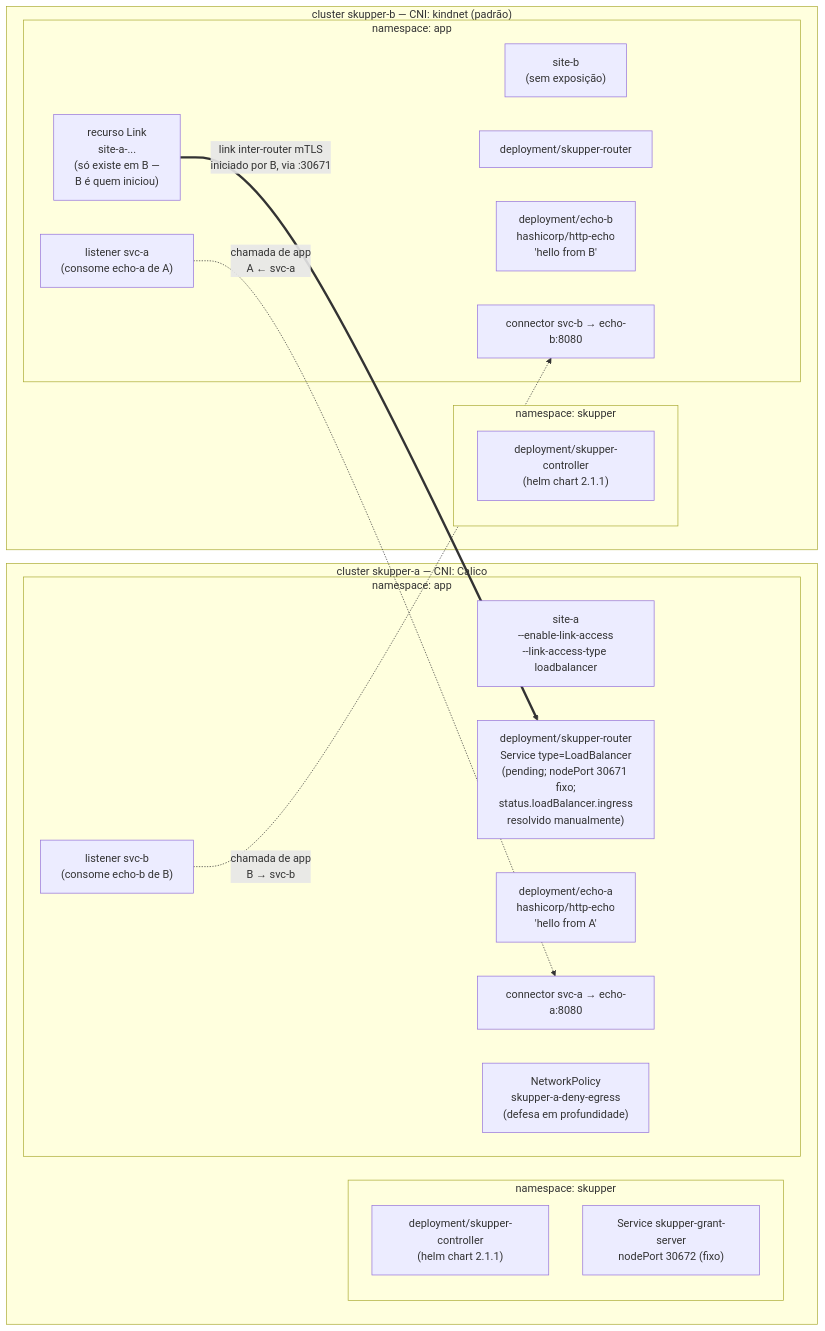
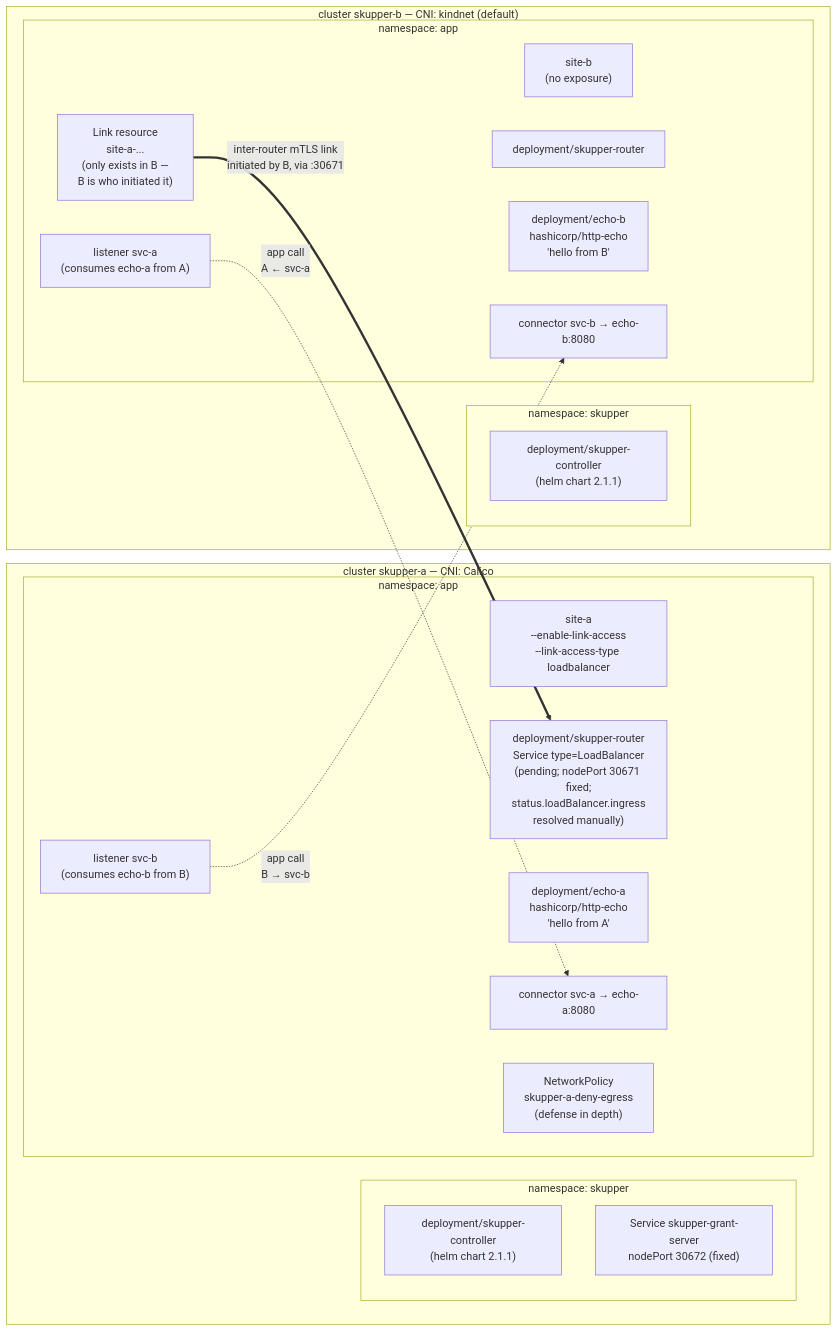
Before and after one commit to ericogr/poc-skupper: the second of 7 diagrams in docs/ARCHITECTURE.md, drawn with Mermaid. The commit also changed other lines of this file and 3 other files, not shown here.

First line of the commit message:
docs: adiciona versoes em ingles de README e ARCHITECTURE, PT-BR vira traducao

````diff
--- a/docs/ARCHITECTURE.md
+++ b/docs/ARCHITECTURE.md
@@ -88,35 +94,35 @@
 ```mermaid
 flowchart LR
     subgraph clusterA["cluster skupper-a — CNI: Calico"]
         subgraph nsSkupperA["namespace: skupper"]
             ctrlA["deployment/skupper-controller<br/>(helm chart 2.1.1)"]
-            grantA["Service skupper-grant-server<br/>nodePort 30672 (fixo)"]
+            grantA["Service skupper-grant-server<br/>nodePort 30672 (fixed)"]
         end
         subgraph nsAppA["namespace: app"]
             siteA["site-a<br/>--enable-link-access<br/>--link-access-type loadbalancer"]
-            routerA["deployment/skupper-router<br/>Service type=LoadBalancer<br/>(pending; nodePort 30671 fixo;<br/>status.loadBalancer.ingress<br/>resolvido manualmente)"]
+            routerA["deployment/skupper-router<br/>Service type=LoadBalancer<br/>(pending; nodePort 30671 fixed;<br/>status.loadBalancer.ingress<br/>resolved manually)"]
             echoA["deployment/echo-a<br/>hashicorp/http-echo<br/>'hello from A'"]
             connA["connector svc-a → echo-a:8080"]
-            listA["listener svc-b<br/>(consome echo-b de B)"]
-            npA["NetworkPolicy<br/>skupper-a-deny-egress<br/>(defesa em profundidade)"]
+            listA["listener svc-b<br/>(consumes echo-b from B)"]
+            npA["NetworkPolicy<br/>skupper-a-deny-egress<br/>(defense in depth)"]
         end
     end
 
-    subgraph clusterB["cluster skupper-b — CNI: kindnet (padrão)"]
+    subgraph clusterB["cluster skupper-b — CNI: kindnet (default)"]
         subgraph nsSkupperB["namespace: skupper"]
             ctrlB["deployment/skupper-controller<br/>(helm chart 2.1.1)"]
         end
         subgraph nsAppB["namespace: app"]
-            siteB["site-b<br/>(sem exposição)"]
+            siteB["site-b<br/>(no exposure)"]
             routerB["deployment/skupper-router"]
             echoB["deployment/echo-b<br/>hashicorp/http-echo<br/>'hello from B'"]
             connB["connector svc-b → echo-b:8080"]
-            listB["listener svc-a<br/>(consome echo-a de A)"]
-            linkObj["recurso Link<br/>site-a-...<br/>(só existe em B —<br/>B é quem iniciou)"]
+            listB["listener svc-a<br/>(consumes echo-a from A)"]
+            linkObj["Link resource<br/>site-a-...<br/>(only exists in B —<br/>B is who initiated it)"]
         end
     end
 
-    linkObj == "link inter-router mTLS<br/>iniciado por B, via :30671" ==> routerA
-    listB -. "chamada de app<br/>A ← svc-a" .-> connA
-    listA -. "chamada de app<br/>B → svc-b" .-> connB
+    linkObj == "inter-router mTLS link<br/>initiated by B, via :30671" ==> routerA
+    listB -. "app call<br/>A ← svc-a" .-> connA
+    listA -. "app call<br/>B → svc-b" .-> connB
 ```
````
